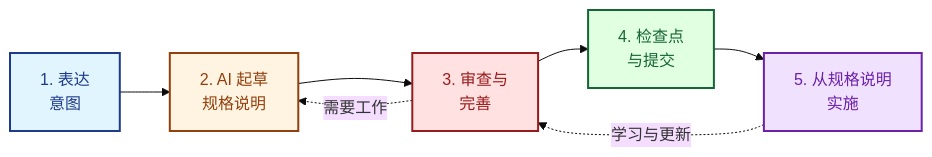
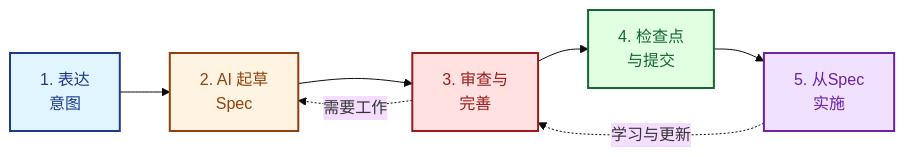
The second of 4 diagrams in i18n/zh-Hans/docusaurus-plugin-content-docs/current/advanced/ai-assisted-spec-writing.mdx (codervisor/lean-spec-docs), drawn with Mermaid (base theme) before and after one commit. The commit also changed other lines of this file and 42 other files, not shown here.

````diff
--- a/i18n/zh-Hans/docusaurus-plugin-content-docs/current/advanced/ai-assisted-spec-writing.mdx
+++ b/i18n/zh-Hans/docusaurus-plugin-content-docs/current/advanced/ai-assisted-spec-writing.mdx
@@ -63,18 +63,18 @@
 ```mermaid
 flowchart LR
-    A["1. 表达<br/>意图"] --> B["2. AI 起草<br/>规格说明"]
+    A["1. 表达<br/>意图"] --> B["2. AI 起草<br/>Spec"]
     B --> C["3. 审查与<br/>完善"]
     C --> D["4. 检查点<br/>与提交"]
-    D --> E["5. 从规格说明<br/>实施"]
+    D --> E["5. 从Spec<br/>实施"]
     
     C -.->|"需要工作"| B
     E -.->|"学习与更新"| C
     
     style A fill:#e1f5ff,stroke:#1e3a8a,stroke-width:2px,color:#1e3a8a
     style B fill:#fff4e1,stroke:#92400e,stroke-width:2px,color:#92400e
     style C fill:#ffe1e1,stroke:#991b1b,stroke-width:2px,color:#991b1b
     style D fill:#e1ffe1,stroke:#166534,stroke-width:2px,color:#166534
     style E fill:#f0e1ff,stroke:#6b21a8,stroke-width:2px,color:#6b21a8
     
     linkStyle default stroke-width:1px
 ```
````
